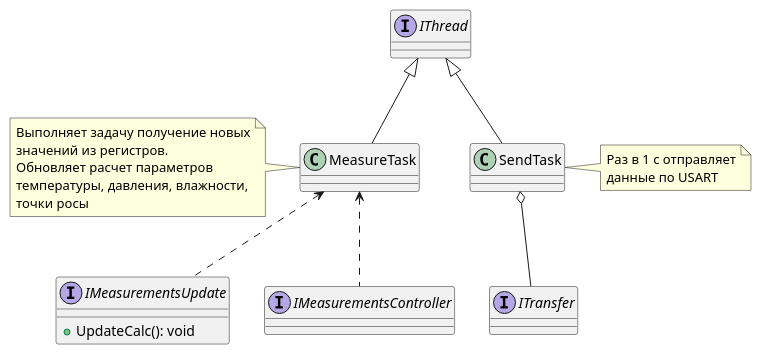
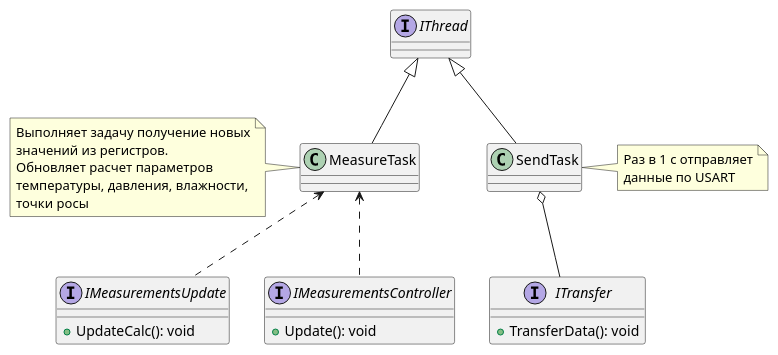
The first of 5 diagrams in Kursovoi.adoc (Alexandro103/Laba), drawn with PlantUML before and after one commit. The commit also changed other lines of this file, not shown here.

```diff
--- a/Kursovoi.adoc
+++ b/Kursovoi.adoc
@@ -748,34 +748,43 @@
 [plantuml, diagram, png]
 ----
 interface IThread
 
 class MeasureTask
 class SendTask
 
 interface IMeasurementsUpdate {
     +UpdateCalc(): void
 }
+
+interface IMeasurementsController {
+    +Update(): void
+}
+
+interface ITransfer {
+    +TransferData(): void
+}
+
 interface IMeasurementsController
 interface ITransfer
 
 IThread <|-- MeasureTask
 IThread <|-- SendTask
 
 MeasureTask <.. IMeasurementsUpdate
 MeasureTask <.. IMeasurementsController
 
 SendTask o-- ITransfer
 
 note left of MeasureTask
 Выполняет задачу получение новых
 значений из регистров.
 Обновляет расчет параметров
 температуры, давления, влажности,
 точки росы
 end note
 
 note right of SendTask
 Раз в 1 с отправляет
 данные по USART
 end note
 ----
```
